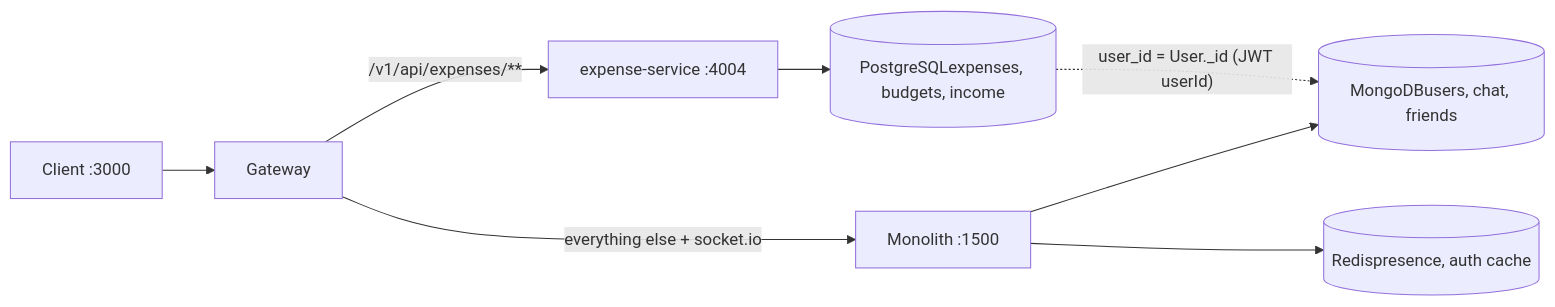
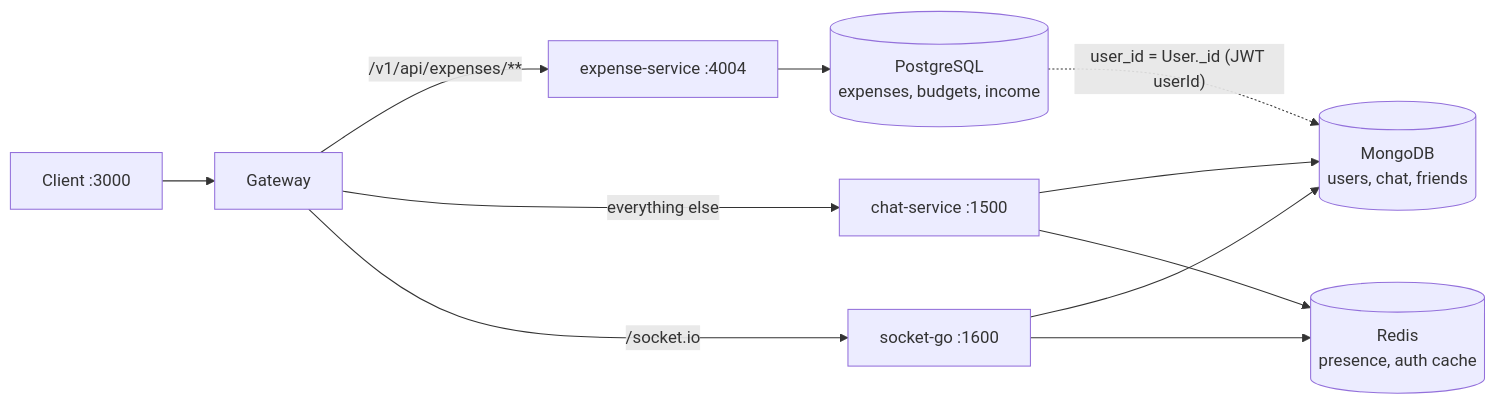
Before and after one commit to Kyaw-Min-Khant/messaging-socket: the first of 3 diagrams in docs/Messaging Socket Data Model.md, drawn with Mermaid. The commit also changed other lines of this file and 57 other files, not shown here.

````diff
--- a/docs/Messaging Socket Data Model.md
+++ b/docs/Messaging Socket Data Model.md
@@ -7,10 +7,13 @@
 ```mermaid
 flowchart LR
   C[Client :3000] --> G[Gateway]
   G -->|/v1/api/expenses/**| E[expense-service :4004]
-  G -->|everything else + socket.io| M[Monolith :1500]
-  M --> MG[(MongoDBusers, chat, friends)]
-  M --> R[(Redispresence, auth cache)]
-  E --> PG[(PostgreSQLexpenses, budgets, income)]
+  G -->|everything else| M[chat-service :1500]
+  G -->|/socket.io| S[socket-go :1600]
+  M --> MG[(MongoDB<br/>users, chat, friends)]
+  M --> R[(Redis<br/>presence, auth cache)]
+  S --> MG
+  S --> R
+  E --> PG[(PostgreSQL<br/>expenses, budgets, income)]
   PG -. "user_id = User._id (JWT userId)" .-> MG
 ```
````
